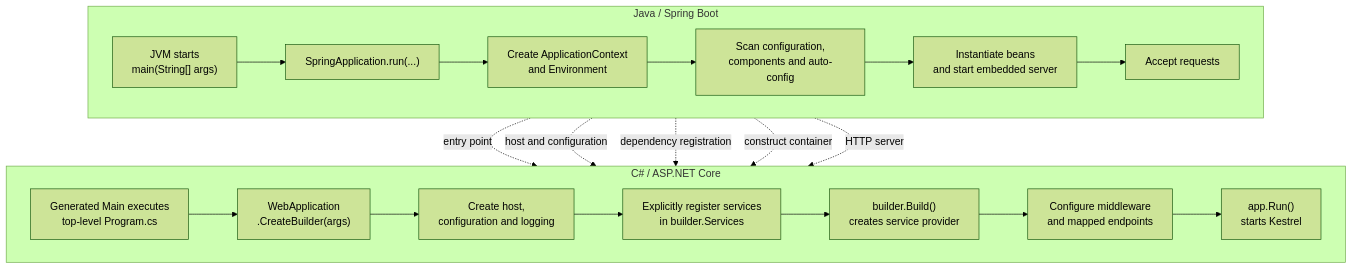
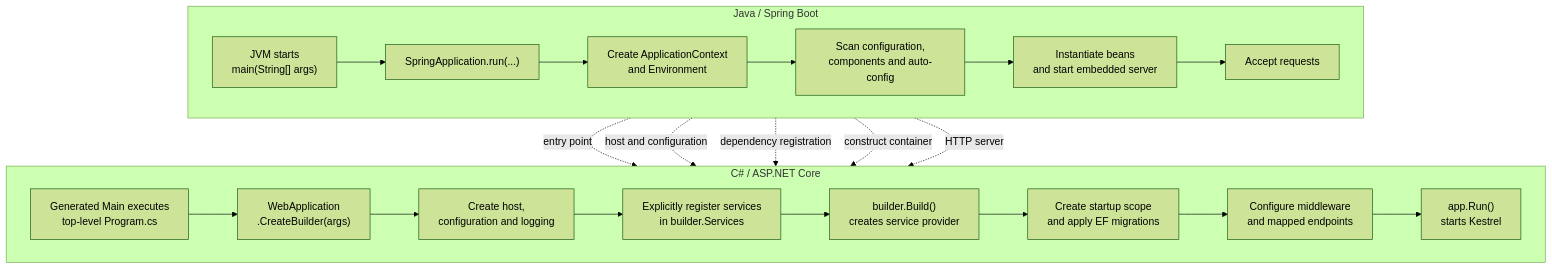
One commit to moenn1/riskengine changed the second of 9 diagrams in docs/06-mermaid-diagrams.md. Above: the diagram before and after it, drawn with Mermaid (forest theme). The commit also changed other lines of this file and 46 other files, not shown here.

````diff
--- a/docs/06-mermaid-diagrams.md
+++ b/docs/06-mermaid-diagrams.md
@@ -64,31 +66,32 @@
 ```mermaid
 flowchart TB
     subgraph Spring["Java / Spring Boot"]
         direction LR
         J1["JVM starts<br/>main(String[] args)"]
         J2["SpringApplication.run(...)"]
         J3["Create ApplicationContext<br/>and Environment"]
         J4["Scan configuration,<br/>components and auto-config"]
         J5["Instantiate beans<br/>and start embedded server"]
         J6["Accept requests"]
         J1 --> J2 --> J3 --> J4 --> J5 --> J6
     end
 
     subgraph DotNet["C# / ASP.NET Core"]
         direction LR
         D1["Generated Main executes<br/>top-level Program.cs"]
         D2["WebApplication<br/>.CreateBuilder(args)"]
         D3["Create host,<br/>configuration and logging"]
         D4["Explicitly register services<br/>in builder.Services"]
         D5["builder.Build()<br/>creates service provider"]
-        D6["Configure middleware<br/>and mapped endpoints"]
-        D7["app.Run()<br/>starts Kestrel"]
-        D1 --> D2 --> D3 --> D4 --> D5 --> D6 --> D7
+        D6["Create startup scope<br/>and apply EF migrations"]
+        D7["Configure middleware<br/>and mapped endpoints"]
+        D8["app.Run()<br/>starts Kestrel"]
+        D1 --> D2 --> D3 --> D4 --> D5 --> D6 --> D7 --> D8
     end
 
     J1 -. "entry point" .-> D1
     J3 -. "host and configuration" .-> D3
     J4 -. "dependency registration" .-> D4
     J5 -. "construct container" .-> D5
-    J6 -. "HTTP server" .-> D7
+    J6 -. "HTTP server" .-> D8
 ```
````
